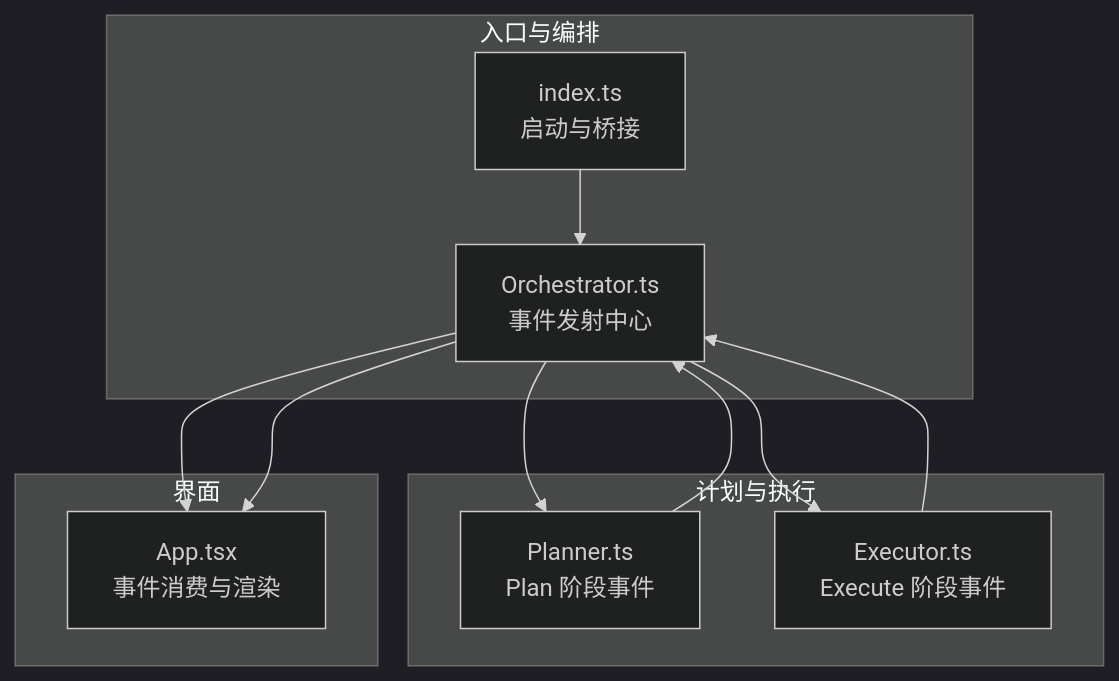
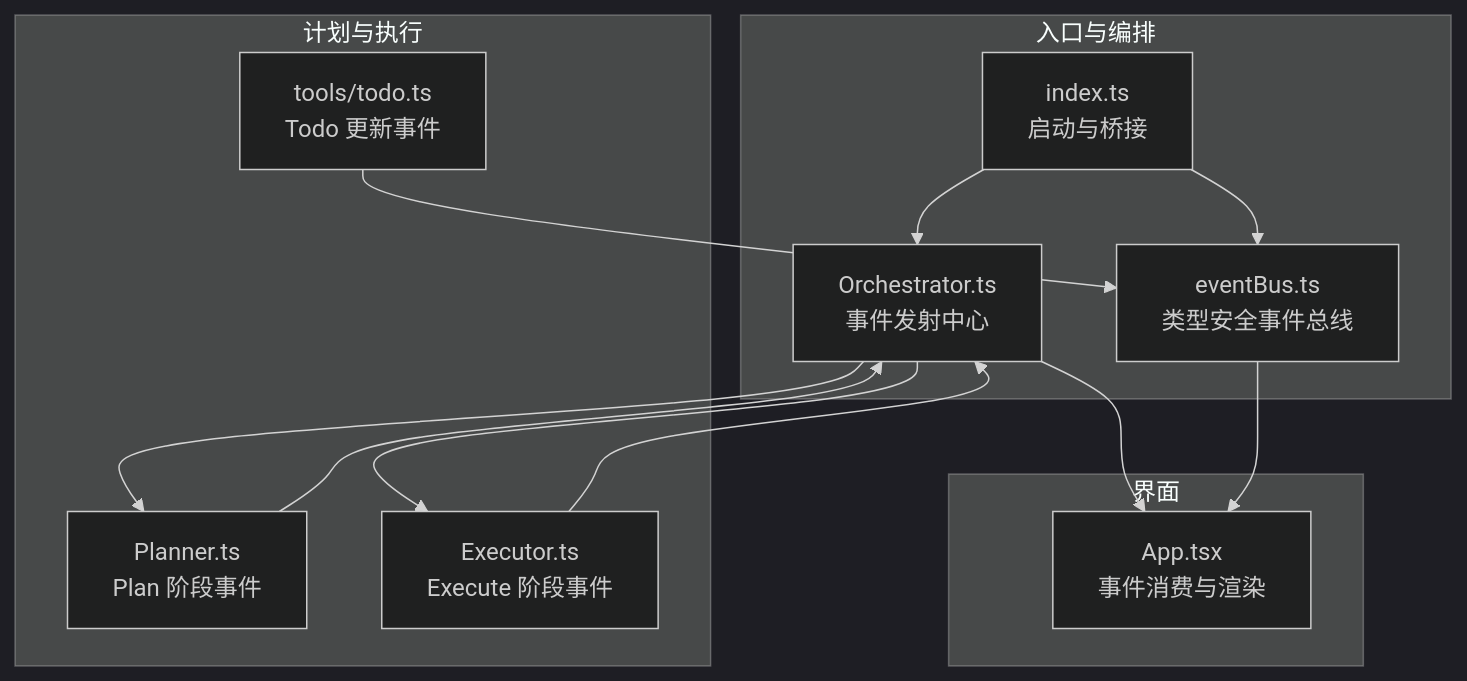
The first of 4 diagrams in .qoder/repowiki/zh/content/API 参考/事件系统接口.md (matter000/Nexus), drawn with Mermaid (dark theme) before and after one commit. The commit also changed other lines of this file and 64 other files, not shown here.

````diff
--- a/.qoder/repowiki/zh/content/API 参考/事件系统接口.md
+++ b/.qoder/repowiki/zh/content/API 参考/事件系统接口.md
@@ -33,21 +46,25 @@
 ```mermaid
 graph TB
 subgraph "入口与编排"
 IDX["index.ts<br/>启动与桥接"]
 ORCH["Orchestrator.ts<br/>事件发射中心"]
+EB["eventBus.ts<br/>类型安全事件总线"]
 end
 subgraph "计划与执行"
 PLAN["Planner.ts<br/>Plan 阶段事件"]
 EXEC["Executor.ts<br/>Execute 阶段事件"]
+TOOLS["tools/todo.ts<br/>Todo 更新事件"]
 end
 subgraph "界面"
 APP["App.tsx<br/>事件消费与渲染"]
 end
 IDX --> ORCH
+IDX --> EB
 ORCH --> PLAN
 ORCH --> EXEC
 ORCH --> APP
 PLAN --> ORCH
 EXEC --> ORCH
-ORCH --> APP
+TOOLS --> EB
+EB --> APP
 ```
````
